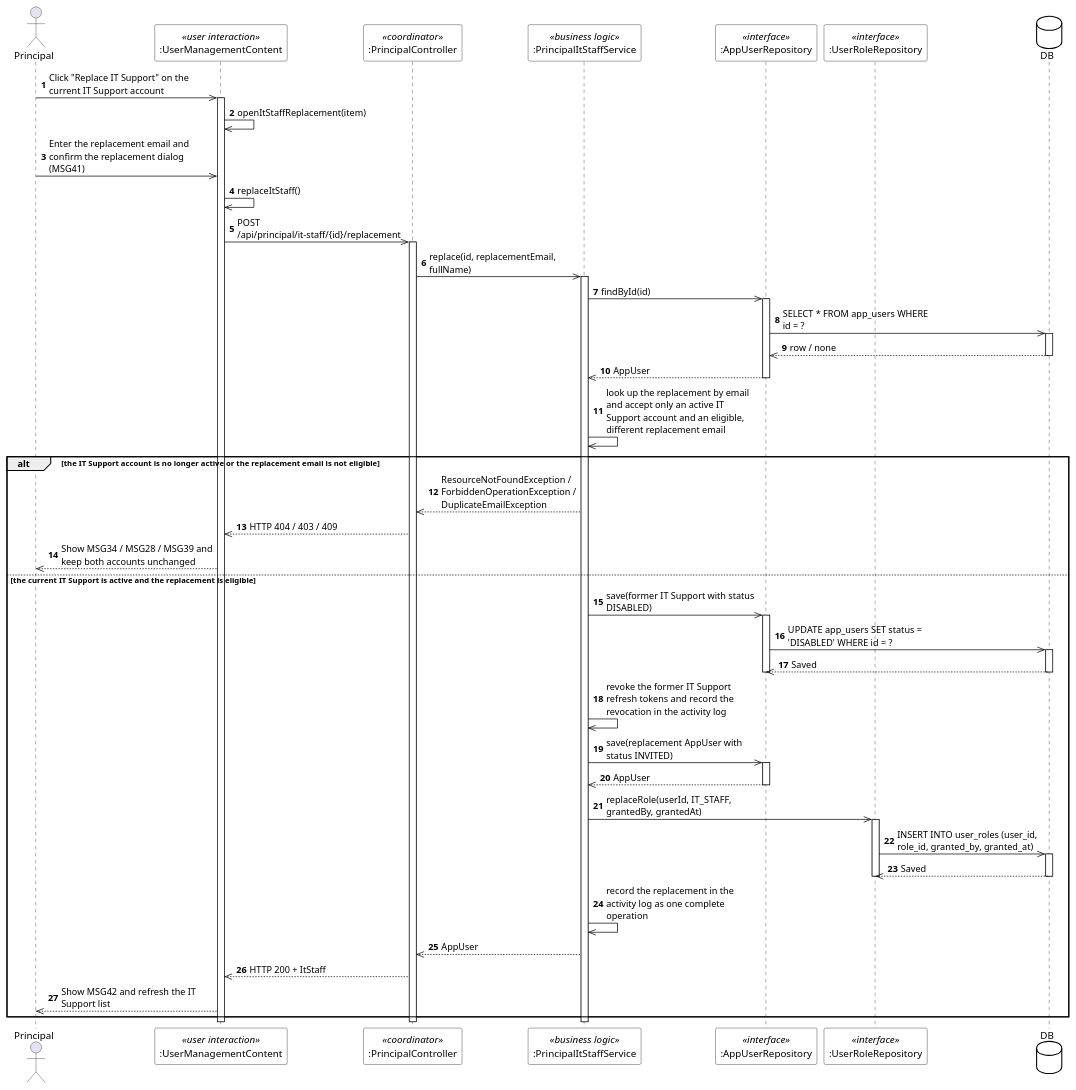
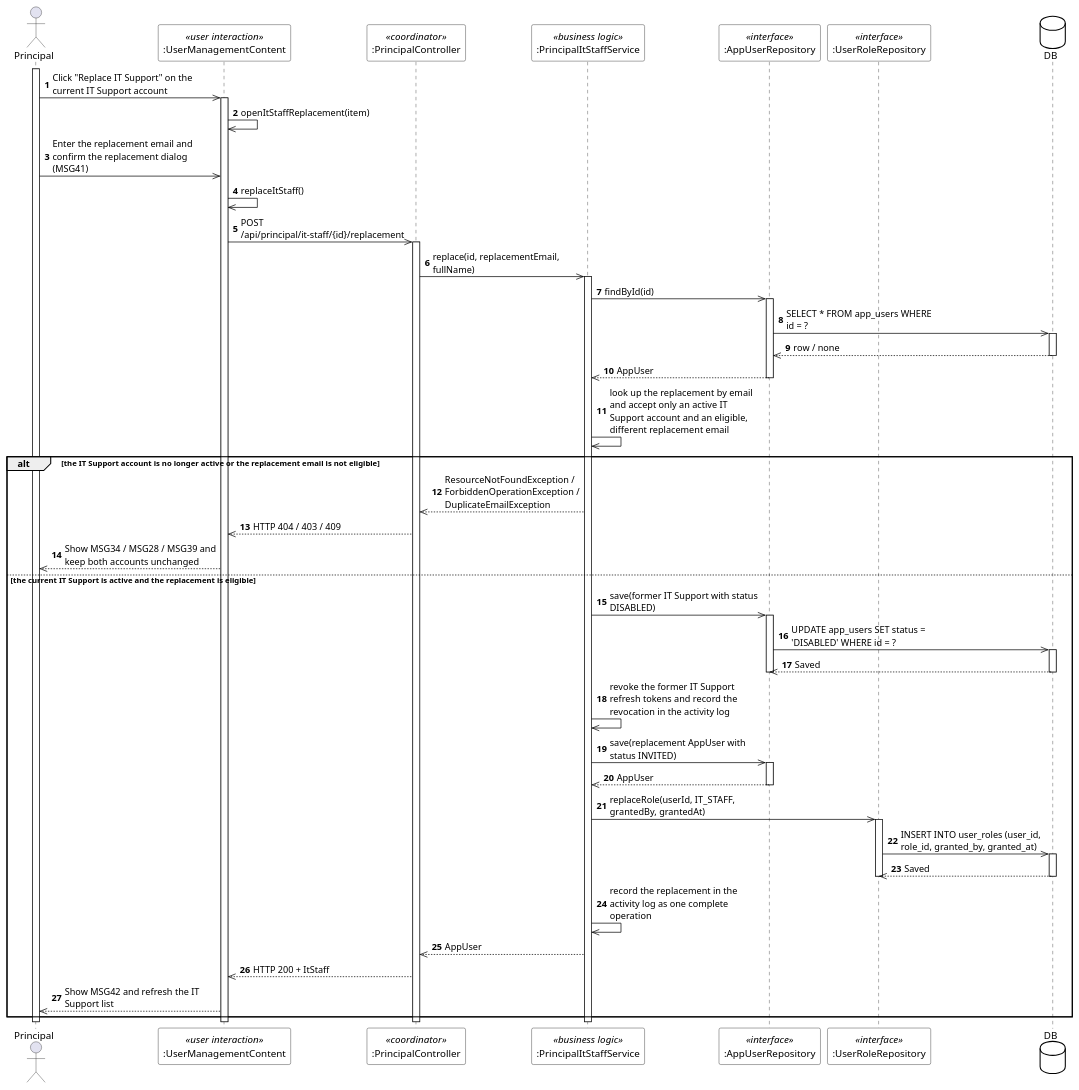
The diagram in designs/sds-diagrams/uc108/uc108_sequence_stereo.puml (EduA-system/EduA-system), drawn with PlantUML before and after one commit. The commit also changed 377 other files, not shown here.

Commit message:
hình sequence diagram mới

```diff
--- a/designs/sds-diagrams/uc108/uc108_sequence_stereo.puml
+++ b/designs/sds-diagrams/uc108/uc108_sequence_stereo.puml
@@ -1,72 +1,74 @@
 @startuml UC-108 Replace IT Support Account - Sequence Diagram (stereo)
 skinparam defaultFontName "Segoe UI"
 skinparam shadowing false
 skinparam ParticipantBackgroundColor #FFFFFF
 skinparam ParticipantBorderColor #000000
 skinparam DatabaseBackgroundColor #FFFFFF
 skinparam DatabaseBorderColor #000000
 skinparam ArrowColor #000000
 skinparam sequenceMessageAlign left
 skinparam maxMessageSize 220
 
 actor Principal
 participant ":UserManagementContent" as UI <<user interaction>>
 participant ":PrincipalController" as CTL <<coordinator>>
 participant ":PrincipalItStaffService" as SVC <<business logic>>
 participant ":AppUserRepository" as USERS <<interface>>
 participant ":UserRoleRepository" as ROLES <<interface>>
 database DB
 
 autonumber
+activate Principal
 Principal ->> UI : Click "Replace IT Support" on the current IT Support account
 activate UI
 UI ->> UI : openItStaffReplacement(item)
 Principal ->> UI : Enter the replacement email and confirm the replacement dialog (MSG41)
 UI ->> UI : replaceItStaff()
 UI ->> CTL : POST /api/principal/it-staff/{id}/replacement
 activate CTL
 CTL ->> SVC : replace(id, replacementEmail, fullName)
 activate SVC
 SVC ->> USERS : findById(id)
 activate USERS
 USERS ->> DB : SELECT * FROM app_users WHERE id = ?
 activate DB
 DB -->> USERS : row / none
 deactivate DB
 USERS -->> SVC : AppUser
 deactivate USERS
 SVC ->> SVC : look up the replacement by email and accept only an active IT Support account and an eligible, different replacement email
 
 alt the IT Support account is no longer active or the replacement email is not eligible
   SVC -->> CTL : ResourceNotFoundException / ForbiddenOperationException / DuplicateEmailException
   CTL -->> UI : HTTP 404 / 403 / 409
   UI -->> Principal : Show MSG34 / MSG28 / MSG39 and keep both accounts unchanged
 else the current IT Support is active and the replacement is eligible
   SVC ->> USERS : save(former IT Support with status DISABLED)
   activate USERS
   USERS ->> DB : UPDATE app_users SET status = 'DISABLED' WHERE id = ?
   activate DB
   DB -->> USERS : Saved
   deactivate DB
   deactivate USERS
   SVC ->> SVC : revoke the former IT Support refresh tokens and record the revocation in the activity log
   SVC ->> USERS : save(replacement AppUser with status INVITED)
   activate USERS
   USERS -->> SVC : AppUser
   deactivate USERS
   SVC ->> ROLES : replaceRole(userId, IT_STAFF, grantedBy, grantedAt)
   activate ROLES
   ROLES ->> DB : INSERT INTO user_roles (user_id, role_id, granted_by, granted_at)
   activate DB
   DB -->> ROLES : Saved
   deactivate DB
   deactivate ROLES
   SVC ->> SVC : record the replacement in the activity log as one complete operation
   SVC -->> CTL : AppUser
   CTL -->> UI : HTTP 200 + ItStaff
   UI -->> Principal : Show MSG42 and refresh the IT Support list
 end
 deactivate SVC
 deactivate CTL
 deactivate UI
+deactivate Principal
 @enduml
```
